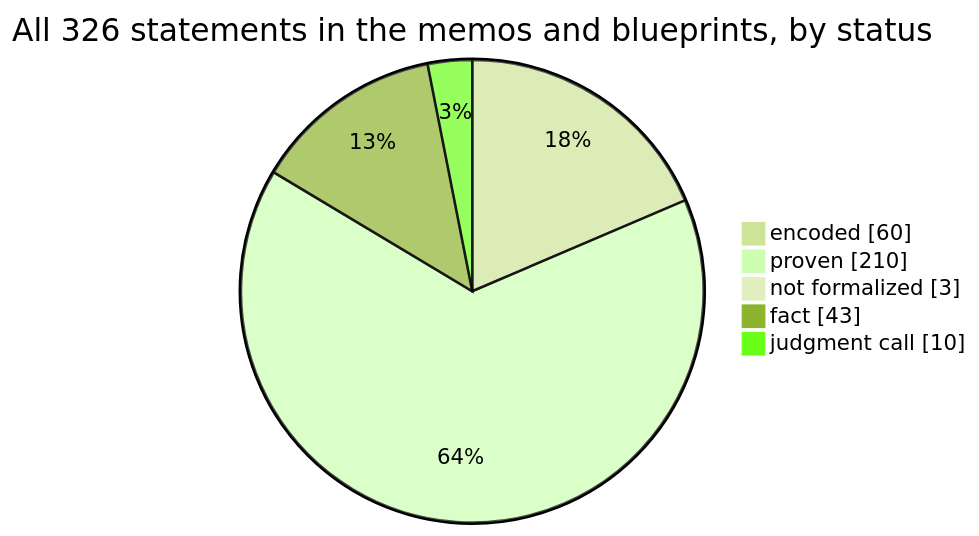
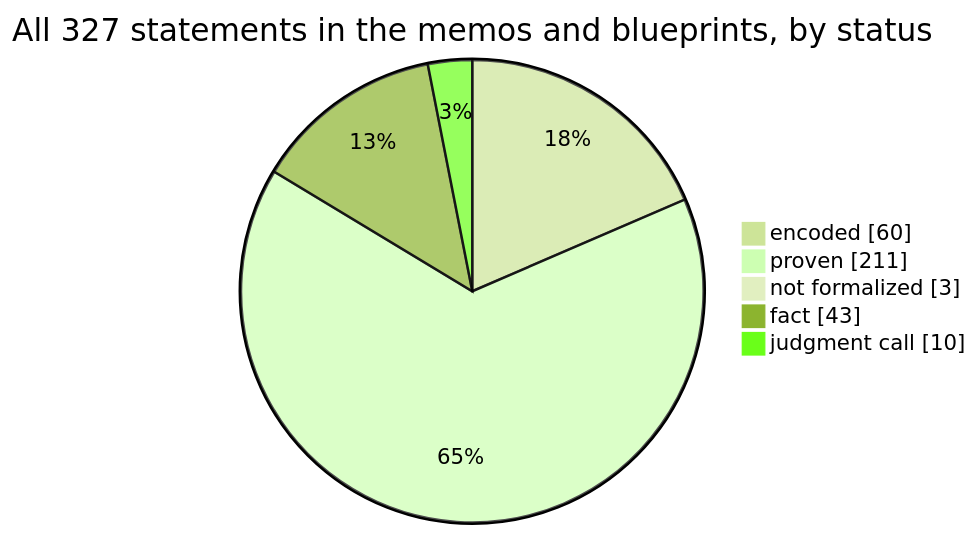
The first of 4 diagrams in docs/graphs/dashboard.md (SeanWMurray/Canteen), drawn with Mermaid (forest theme) before and after one commit. The commit also changed other lines of this file and 27 other files, not shown here.

````diff
--- a/docs/graphs/dashboard.md
+++ b/docs/graphs/dashboard.md
@@ -11,8 +11,8 @@
 ```mermaid
-pie showData title All 326 statements in the memos and blueprints, by status
+pie showData title All 327 statements in the memos and blueprints, by status
     "encoded" : 60
-    "proven" : 210
+    "proven" : 211
     "not formalized" : 3
     "fact" : 43
     "judgment call" : 10
 ```
````
